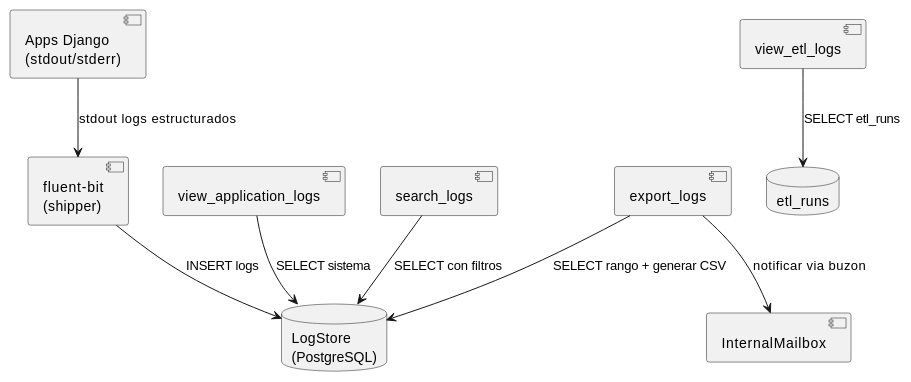
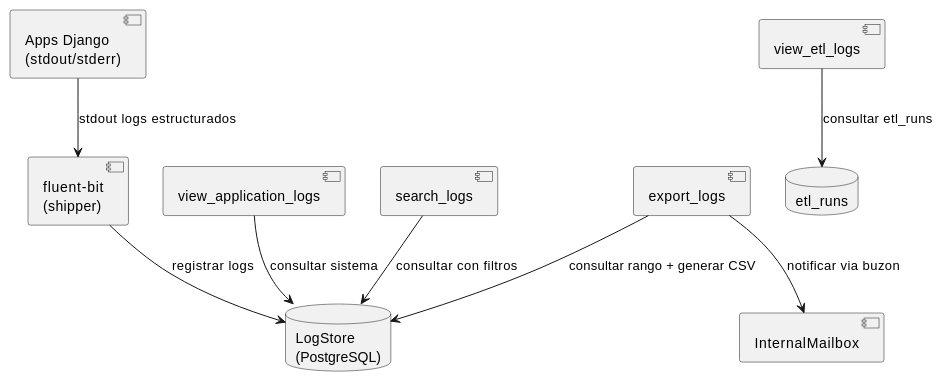
One commit to jcg-admin/IACT-docs changed the diagram in source/arquitectura-tecnica/modulos/sys-logs/diagramas/componentes-mod-logs.rst. Above: the diagram before and after it, drawn with PlantUML. The commit also changed 48 other files, not shown here.

```diff
--- a/source/arquitectura-tecnica/modulos/sys-logs/diagramas/componentes-mod-logs.rst
+++ b/source/arquitectura-tecnica/modulos/sys-logs/diagramas/componentes-mod-logs.rst
@@ -22,26 +22,26 @@
 .. uml::
  :caption: Componentes de MOD_Logs y pipeline de recoleccion de logs.
 
  @startuml
 
  component "Apps Django\n(stdout/stderr)" as AppsDjango
  component "fluent-bit\n(shipper)" as FluentBit
  database "LogStore\n(PostgreSQL)" as Logstore
  database "etl_runs" as ETL_LOG
 
  component "view_application_logs" as view_application_logs
  component "view_etl_logs" as view_etl_logs
  component "search_logs" as search_logs
  component "export_logs" as export_logs
  component "InternalMailbox" as Internalmailbox
 
  AppsDjango --> FluentBit : stdout logs estructurados
- FluentBit --> Logstore : INSERT logs
+ FluentBit --> Logstore : registrar logs
 
- view_application_logs --> Logstore : SELECT sistema
- view_etl_logs --> ETL_LOG : SELECT etl_runs
- search_logs --> Logstore : SELECT con filtros
- export_logs --> Logstore : SELECT rango + generar CSV
+ view_application_logs --> Logstore : consultar sistema
+ view_etl_logs --> ETL_LOG : consultar etl_runs
+ search_logs --> Logstore : consultar con filtros
+ export_logs --> Logstore : consultar rango + generar CSV
  export_logs --> Internalmailbox : notificar via buzon
 
  @enduml
```
